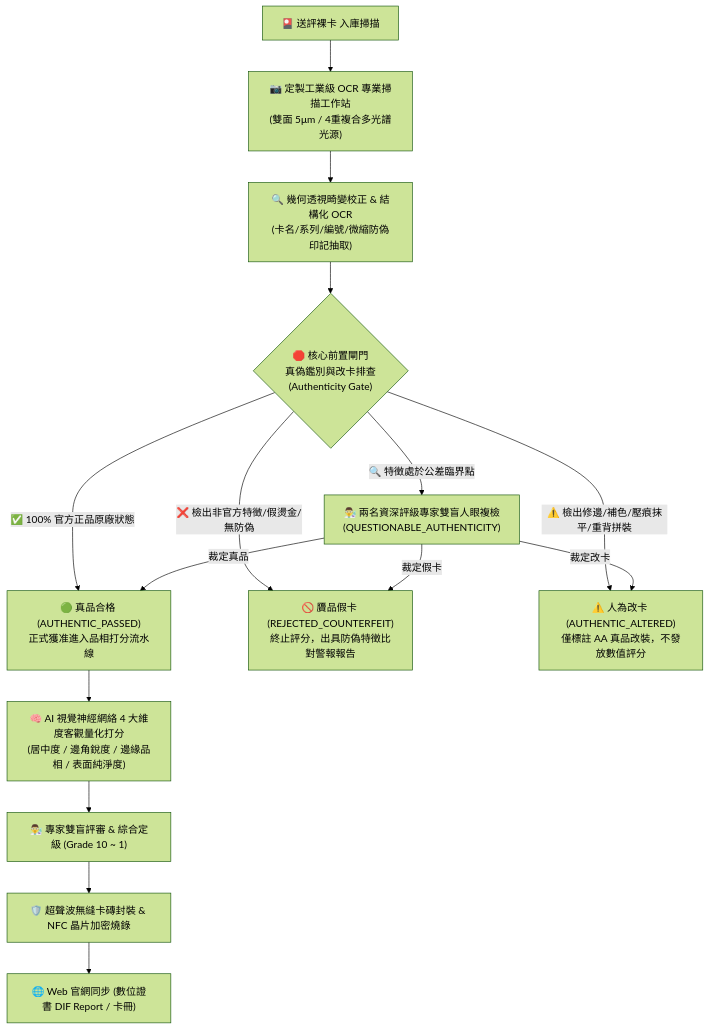
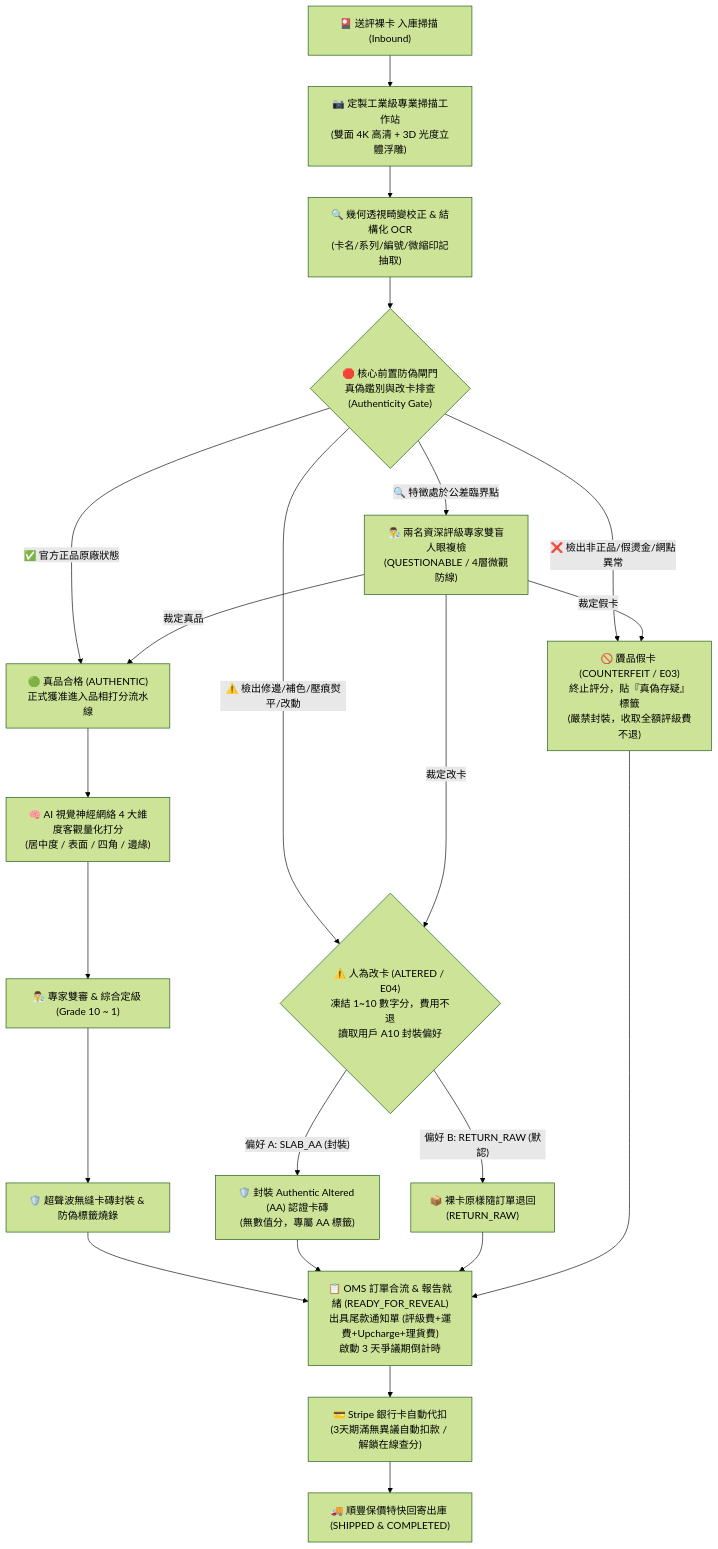
The diagram in TGC_AI_Grading_Standards_PRD.md (jiarongshuai-collab/tgc-prd), drawn with Mermaid (forest theme) before and after one commit. The commit also changed 1 other file, not shown here.

Commit message:
docs(diagram): update mermaid-diagram.svg and PRD flowchart with A10 altered branching, E03 counterfeit and OMS reveal-debit flow

````diff
--- a/TGC_AI_Grading_Standards_PRD.md
+++ b/TGC_AI_Grading_Standards_PRD.md
@@ -30,21 +30,31 @@
 ```mermaid
 flowchart TD
-    A["🎴 送評裸卡 入庫掃描"] --> B["📷 定製工業級 OCR 專業掃描工作站<br/>(雙面 5μm / 4重複合多光譜光源)"]
-    B --> C["🔍 幾何透視畸變校正 & 結構化 OCR<br/>(卡名/系列/編號/微縮防偽印記抽取)"]
+    A["🎴 送評裸卡 入庫掃描 (Inbound)"] --> B["📷 定製工業級專業掃描工作站<br/>(雙面 4K 高清 + 3D 光度立體浮雕)"]
+    B --> C["🔍 幾何透視畸變校正 & 結構化 OCR<br/>(卡名/系列/編號/微縮印記抽取)"]
     
-    C --> GATE{"🛑 核心前置閘門<br/>真偽鑑別與改卡排查<br/>(Authenticity Gate)"}
+    C --> GATE{"🛑 核心前置防偽閘門<br/>真偽鑑別與改卡排查<br/>(Authenticity Gate)"}
     
-    GATE -- "✅ 100% 官方正品原廠狀態" --> PASS["🟢 真品合格 (AUTHENTIC_PASSED)<br/>正式獲准進入品相打分流水線"]
-    GATE -- "❌ 檢出非官方特徵/假燙金/無防偽" --> REJ["🚫 贗品假卡 (REJECTED_COUNTERFEIT)<br/>終止評分，出具防偽特徵比對警報報告"]
-    GATE -- "⚠️ 檢出修邊/補色/壓痕抹平/重背拼裝" --> ALT["⚠️ 人為改卡 (AUTHENTIC_ALTERED)<br/>僅標註 AA 真品改裝，不發放數值評分"]
-    GATE -- "🔍 特徵處於公差臨界點" --> EXPERT["👨‍🔬 兩名資深評級專家雙盲人眼複檢<br/>(QUESTIONABLE_AUTHENTICITY)"]
+    GATE -- "✅ 官方正品原廠狀態" --> PASS["🟢 真品合格 (AUTHENTIC)<br/>正式獲准進入品相打分流水線"]
+    GATE -- "❌ 檢出非正品/假燙金/網點異常" --> REJ["🚫 贗品假卡 (COUNTERFEIT / E03)<br/>終止評分，貼『真偽存疑』標籤<br/>(嚴禁封裝，收取全額評級費不退)"]
+    GATE -- "⚠️ 檢出修邊/補色/壓痕熨平/改動" --> ALT{"⚠️ 人為改卡 (ALTERED / E04)<br/>凍結 1~10 數字分，費用不退<br/>讀取用戶 A10 封裝偏好"}
+    GATE -- "🔍 特徵處於公差臨界點" --> EXPERT["👨‍🔬 兩名資深評級專家雙盲人眼複檢<br/>(QUESTIONABLE / 4層微觀防線)"]
     
     EXPERT -- "裁定真品" --> PASS
     EXPERT -- "裁定假卡" --> REJ
     EXPERT -- "裁定改卡" --> ALT
 
-    PASS --> SCORE["🧠 AI 視覺神經網絡 4 大維度客觀量化打分<br/>(居中度 / 邊角銳度 / 邊緣品相 / 表面純淨度)"]
-    SCORE --> REVIEW["👨‍🔬 專家雙盲評審 & 綜合定級 (Grade 10 ~ 1)"]
-    REVIEW --> PACK["🛡️ 超聲波無縫卡磚封裝 & NFC 晶片加密燒錄"]
-    PACK --> WEB["🌐 Web 官網同步 (數位證書 DIF Report / 卡冊)"]
+    ALT -- "偏好 A: SLAB_AA (封裝)" --> SLAB_AA["🛡️ 封裝 Authentic Altered (AA) 認證卡磚<br/>(無數值分，專屬 AA 標籤)"]
+    ALT -- "偏好 B: RETURN_RAW (默認)" --> RAW_RET["📦 裸卡原樣隨訂單退回<br/>(RETURN_RAW)"]
+
+    PASS --> SCORE["🧠 AI 視覺神經網絡 4 大維度客觀量化打分<br/>(居中度 / 表面 / 四角 / 邊緣)"]
+    SCORE --> REVIEW["👨‍🔬 專家雙審 & 綜合定級 (Grade 10 ~ 1)"]
+    REVIEW --> PACK["🛡️ 超聲波無縫卡磚封裝 & 防偽標籤燒錄"]
+
+    PACK --> MERGE["📋 OMS 訂單合流 & 報告就緒 (READY_FOR_REVEAL)<br/>出具尾款通知單 (評級費+運費+Upcharge+理貨費)<br/>啟動 3 天爭議期倒計時"]
+    SLAB_AA --> MERGE
+    RAW_RET --> MERGE
+    REJ --> MERGE
+
+    MERGE --> DEBIT["💳 Stripe 銀行卡自動代扣<br/>(3天期滿無異議自動扣款 / 解鎖在線查分)"]
+    DEBIT --> SHIP["🚚 順豐保價特快回寄出庫 (SHIPPED & COMPLETED)"]
 ```
````
